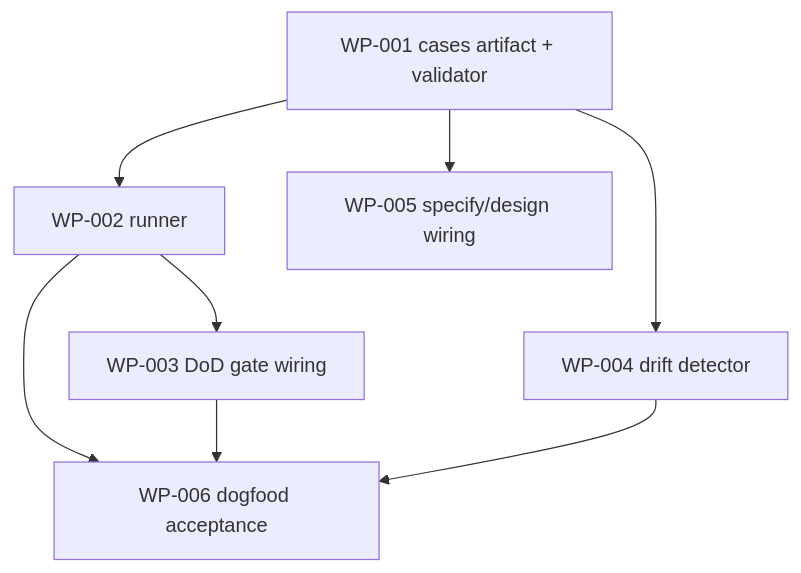
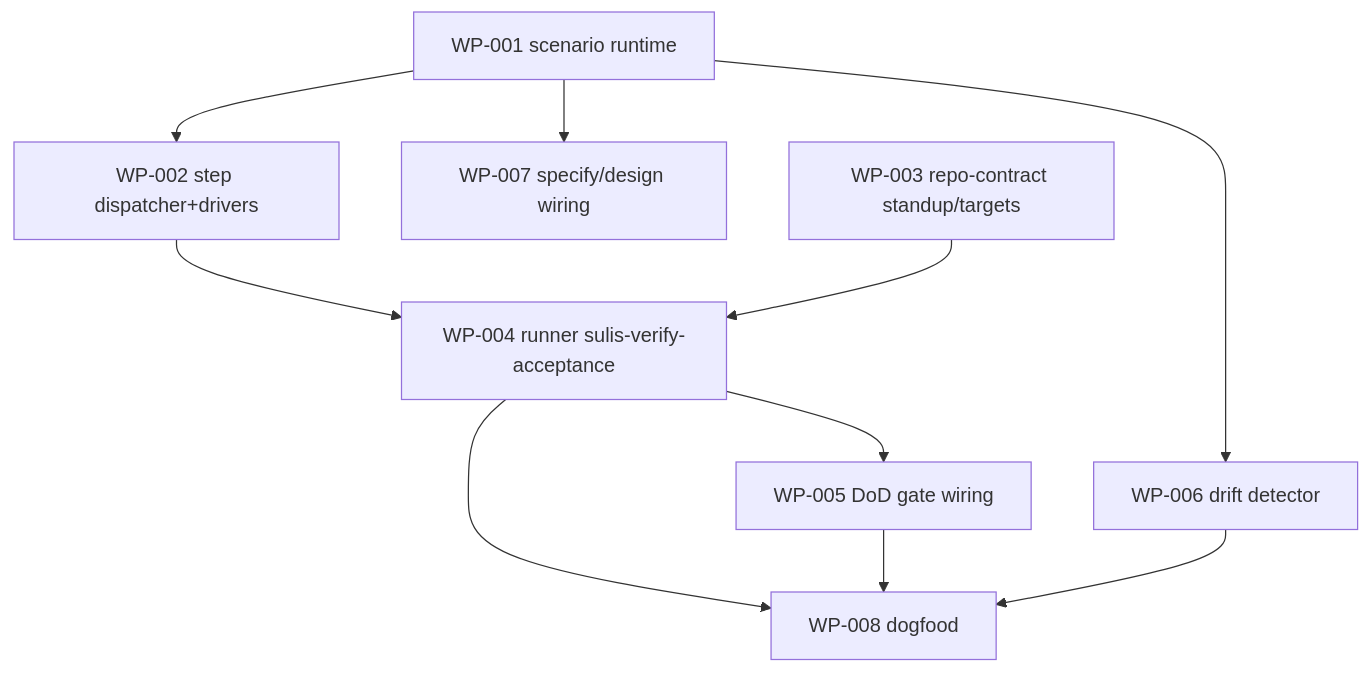
Before and after one commit to sulis-ai/agents: the diagram in .architecture/testable-state-done/work-packages/INDEX.md, drawn with Mermaid. The commit also changed other lines of this file and 1 other file, not shown here.

First line of the commit message:
design: reconcile testable-state plan to the Scenario model + runtime spine

````diff
--- a/.architecture/testable-state-done/work-packages/INDEX.md
+++ b/.architecture/testable-state-done/work-packages/INDEX.md
@@ -28,10 +31,12 @@
 ```mermaid
 graph TD
-  WP001[WP-001 cases artifact + validator] --> WP002[WP-002 runner]
-  WP001 --> WP004[WP-004 drift detector]
-  WP001 --> WP005[WP-005 specify/design wiring]
-  WP002 --> WP003[WP-003 DoD gate wiring]
-  WP002 --> WP006[WP-006 dogfood acceptance]
-  WP003 --> WP006
-  WP004 --> WP006
+  WP001[WP-001 scenario runtime] --> WP002[WP-002 step dispatcher+drivers]
+  WP001 --> WP006[WP-006 drift detector]
+  WP001 --> WP007[WP-007 specify/design wiring]
+  WP002 --> WP004[WP-004 runner sulis-verify-acceptance]
+  WP003[WP-003 repo-contract standup/targets] --> WP004
+  WP004 --> WP005[WP-005 DoD gate wiring]
+  WP004 --> WP008[WP-008 dogfood]
+  WP005 --> WP008
+  WP006 --> WP008
 ```
````
